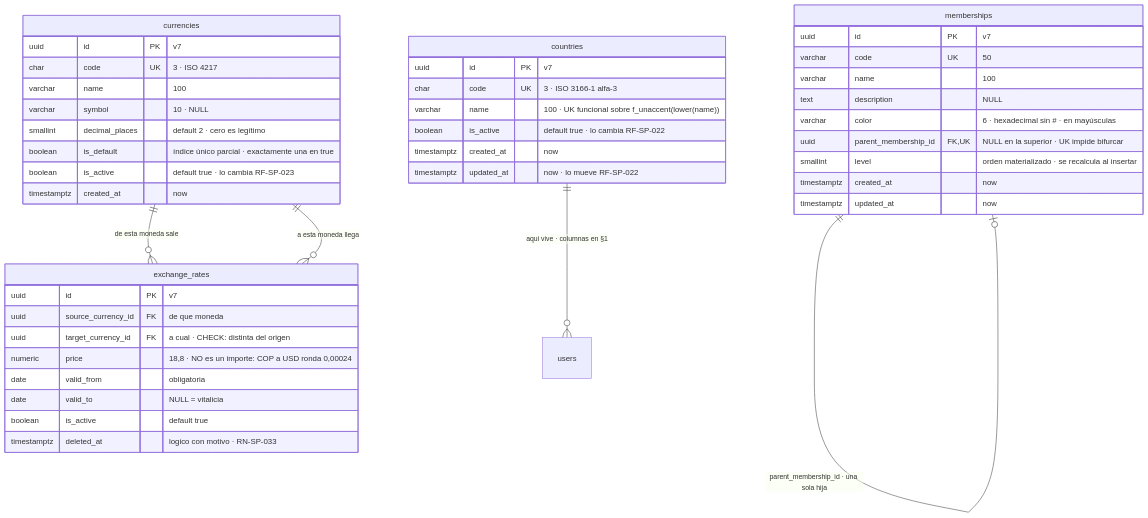
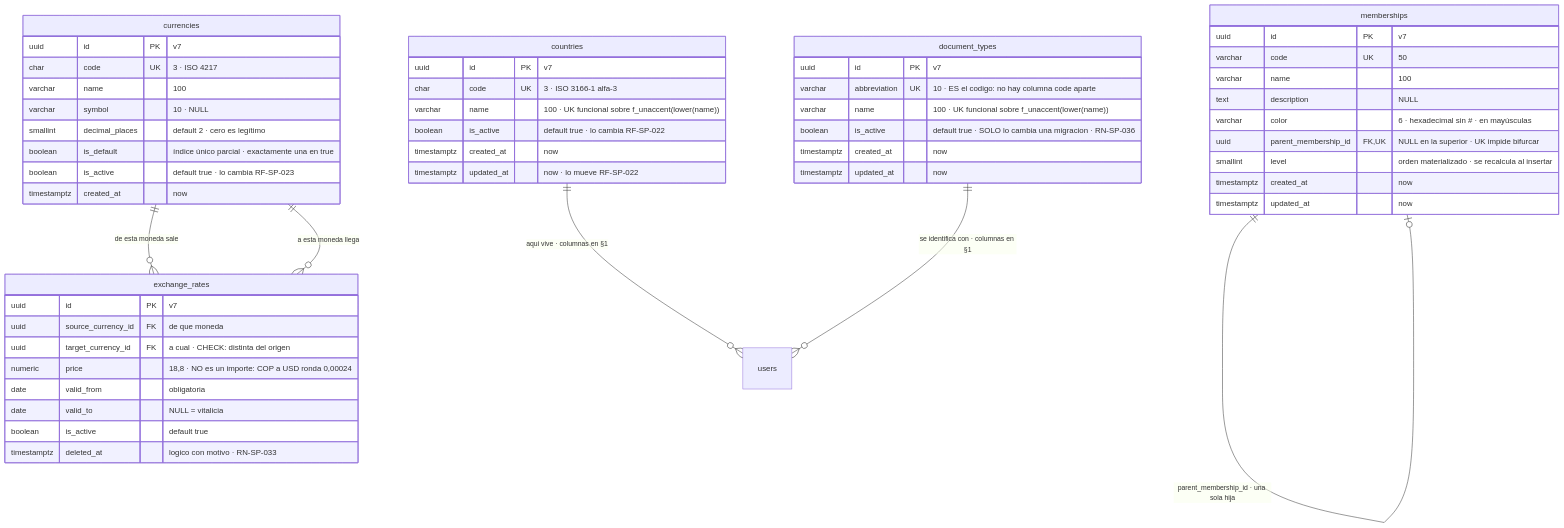
Before and after one commit to NexusPro-Dev/backend: the second of 5 diagrams in docs/modelo-datos.md, drawn with Mermaid. The commit also changed other lines of this file and 119 other files, not shown here.

````diff
--- a/docs/modelo-datos.md
+++ b/docs/modelo-datos.md
@@ -219,50 +227,60 @@
 ```mermaid
 erDiagram
     memberships ||--o| memberships : "parent_membership_id · una sola hija"
     currencies  ||--o{ exchange_rates : "de esta moneda sale"
     currencies  ||--o{ exchange_rates : "a esta moneda llega"
     countries   ||--o{ users : "aqui vive · columnas en §1"
+    document_types ||--o{ users : "se identifica con · columnas en §1"
 
     memberships {
         uuid id PK "v7"
         varchar code UK "50"
         varchar name "100"
         text description "NULL"
         varchar color "6 · hexadecimal sin # · en mayúsculas"
         uuid parent_membership_id FK,UK "NULL en la superior · UK impide bifurcar"
         smallint level "orden materializado · se recalcula al insertar"
         timestamptz created_at "now"
         timestamptz updated_at "now"
     }
 
     currencies {
         uuid id PK "v7"
         char code UK "3 · ISO 4217"
         varchar name "100"
         varchar symbol "10 · NULL"
         smallint decimal_places "default 2 · cero es legítimo"
         boolean is_default "índice único parcial · exactamente una en true"
         boolean is_active "default true · lo cambia RF-SP-023"
         timestamptz created_at "now"
     }
 
+    document_types {
+        uuid id PK "v7"
+        varchar abbreviation UK "10 · ES el codigo: no hay columna code aparte"
+        varchar name "100 · UK funcional sobre f_unaccent(lower(name))"
+        boolean is_active "default true · SOLO lo cambia una migracion · RN-SP-036"
+        timestamptz created_at "now"
+        timestamptz updated_at "now"
+    }
+
     countries {
         uuid id PK "v7"
         char code UK "3 · ISO 3166-1 alfa-3"
         varchar name "100 · UK funcional sobre f_unaccent(lower(name))"
         boolean is_active "default true · lo cambia RF-SP-022"
         timestamptz created_at "now"
         timestamptz updated_at "now · lo mueve RF-SP-022"
     }
 
     exchange_rates {
         uuid id PK "v7"
         uuid source_currency_id FK "de que moneda"
         uuid target_currency_id FK "a cual · CHECK: distinta del origen"
         numeric price "18,8 · NO es un importe: COP a USD ronda 0,00024"
         date valid_from "obligatoria"
         date valid_to "NULL = vitalicia"
         boolean is_active "default true"
         timestamptz deleted_at "logico con motivo · RN-SP-033"
     }
 ```
````
